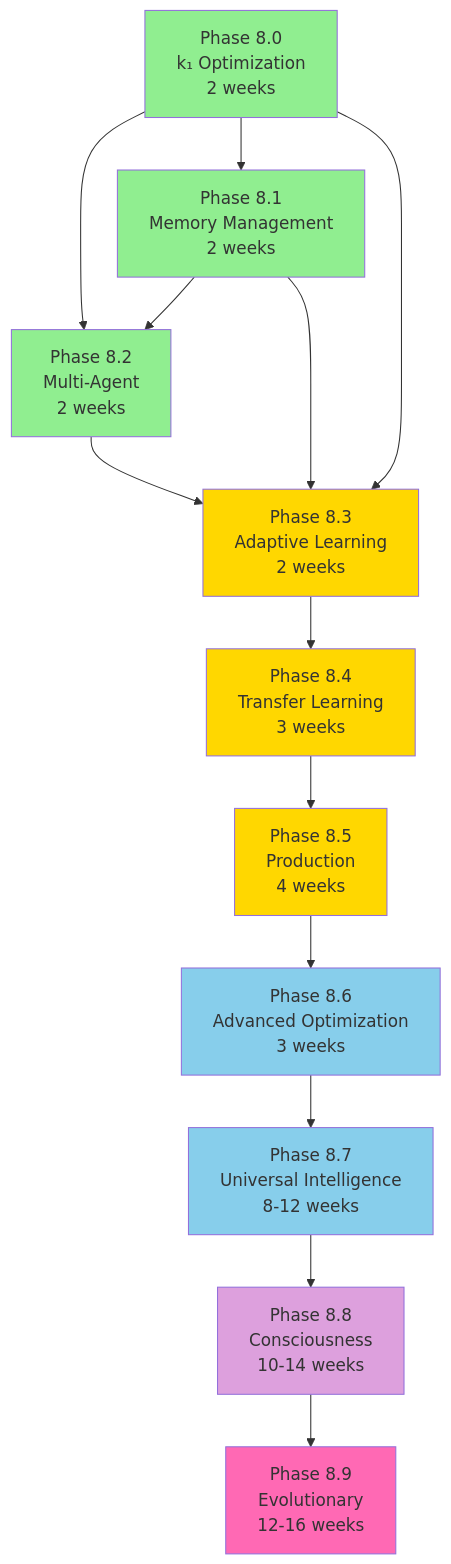
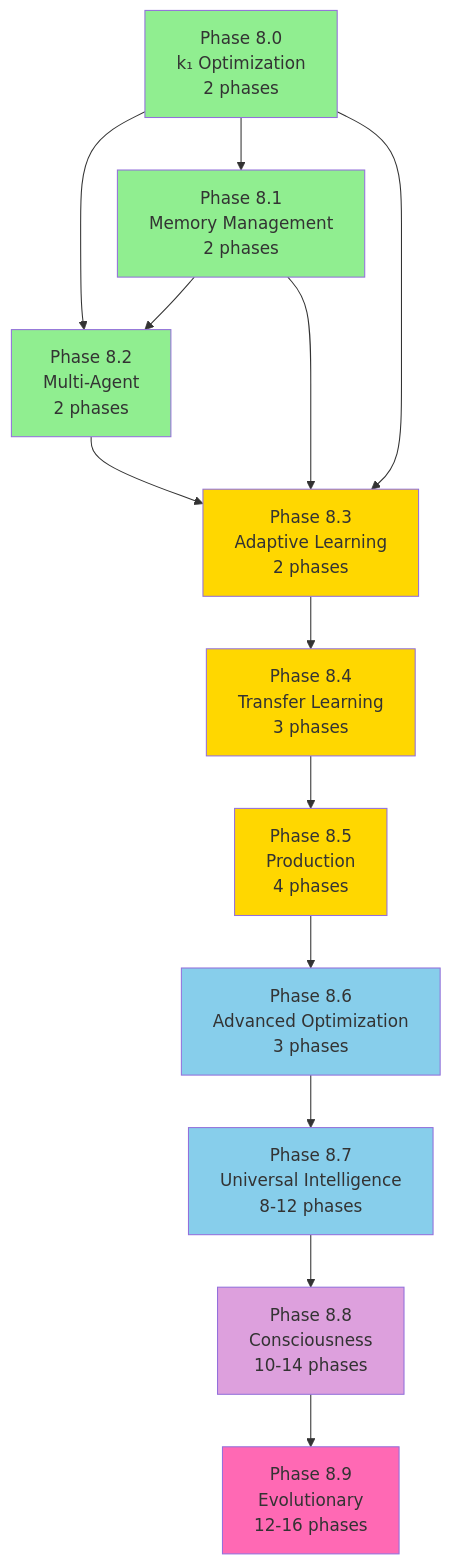
One commit to Aries-Serpent/_codex_ changed diagram 16 of 19 in .github/agents/COGNITIVE_BRAIN_ARCHITECTURE_DIAGRAMS.md. Above: the diagram before and after it, drawn with Mermaid. The commit also changed 659 other files, not shown here.

````diff
--- a/.github/agents/COGNITIVE_BRAIN_ARCHITECTURE_DIAGRAMS.md
+++ b/.github/agents/COGNITIVE_BRAIN_ARCHITECTURE_DIAGRAMS.md
@@ -949,46 +949,46 @@
 ```mermaid
 graph TB
-    P80[Phase 8.0<br/>k₁ Optimization<br/>2 weeks]
+    P80[Phase 8.0<br/>k₁ Optimization<br/>2 phases]
     
-    P81[Phase 8.1<br/>Memory Management<br/>2 weeks]
+    P81[Phase 8.1<br/>Memory Management<br/>2 phases]
     
-    P82[Phase 8.2<br/>Multi-Agent<br/>2 weeks]
+    P82[Phase 8.2<br/>Multi-Agent<br/>2 phases]
     
-    P83[Phase 8.3<br/>Adaptive Learning<br/>2 weeks]
+    P83[Phase 8.3<br/>Adaptive Learning<br/>2 phases]
     
-    P84[Phase 8.4<br/>Transfer Learning<br/>3 weeks]
+    P84[Phase 8.4<br/>Transfer Learning<br/>3 phases]
     
-    P85[Phase 8.5<br/>Production<br/>4 weeks]
+    P85[Phase 8.5<br/>Production<br/>4 phases]
     
-    P86[Phase 8.6<br/>Advanced Optimization<br/>3 weeks]
+    P86[Phase 8.6<br/>Advanced Optimization<br/>3 phases]
     
-    P87[Phase 8.7<br/>Universal Intelligence<br/>8-12 weeks]
+    P87[Phase 8.7<br/>Universal Intelligence<br/>8-12 phases]
     
-    P88[Phase 8.8<br/>Consciousness<br/>10-14 weeks]
+    P88[Phase 8.8<br/>Consciousness<br/>10-14 phases]
     
-    P89[Phase 8.9<br/>Evolutionary<br/>12-16 weeks]
+    P89[Phase 8.9<br/>Evolutionary<br/>12-16 phases]
     
     P80 --> P81
     P80 --> P82
     P81 --> P82
     P82 --> P83
     P81 --> P83
     P80 --> P83
     P83 --> P84
     P84 --> P85
     P85 --> P86
     P86 --> P87
     P87 --> P88
     P88 --> P89
     
     style P80 fill:#90EE90
     style P81 fill:#90EE90
     style P82 fill:#90EE90
     style P83 fill:#FFD700
     style P84 fill:#FFD700
     style P85 fill:#FFD700
     style P86 fill:#87CEEB
     style P87 fill:#87CEEB
     style P88 fill:#DDA0DD
     style P89 fill:#FF69B4
 ```
````
